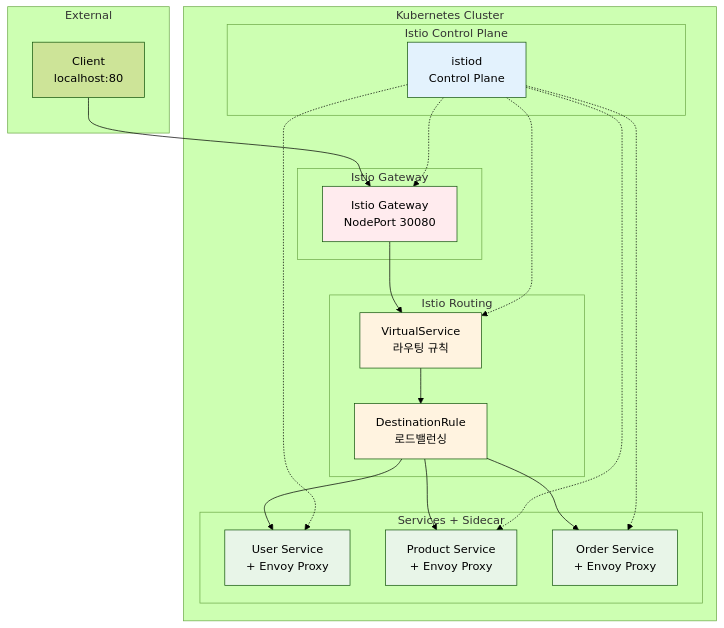
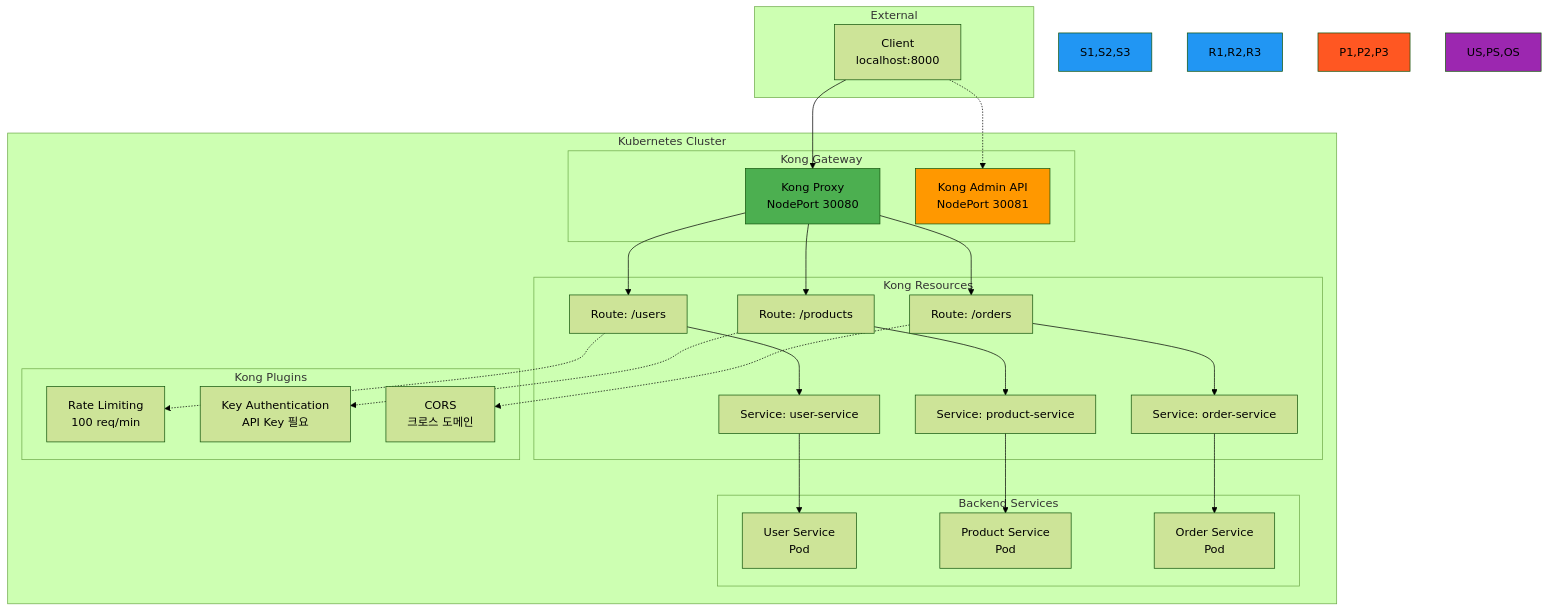
Before and after one commit to niceguy61/kdt_devops_lecture_2025: the diagram in theory/week_04/day2/lab_1.md, drawn with Mermaid (forest theme). The commit also changed other lines of this file and 12 other files, not shown here.

````diff
--- a/theory/week_04/day2/lab_1.md
+++ b/theory/week_04/day2/lab_1.md
@@ -37,48 +37,53 @@
 ```mermaid
 graph TB
     subgraph "External"
-        C[Client<br/>localhost:80]
+        C[Client<br/>localhost:8000]
     end
     
     subgraph "Kubernetes Cluster"
-        subgraph "Istio Control Plane"
-            ISTIOD[istiod<br/>Control Plane]
+        subgraph "Kong Gateway"
+            KP[Kong Proxy<br/>NodePort 30080]
+            KA[Kong Admin API<br/>NodePort 30081]
         end
         
-        subgraph "Istio Gateway"
-            IG[Istio Gateway<br/>NodePort 30080]
+        subgraph "Kong Resources"
+            S1[Service: user-service]
+            S2[Service: product-service]
+            S3[Service: order-service]
+            
+            R1[Route: /users]
+            R2[Route: /products]
+            R3[Route: /orders]
         end
         
-        subgraph "Istio Routing"
-            VS[VirtualService<br/>라우팅 규칙]
-            DR[DestinationRule<br/>로드밸런싱]
+        subgraph "Kong Plugins"
+            P1[Rate Limiting<br/>100 req/min]
+            P2[Key Authentication<br/>API Key 필요]
+            P3[CORS<br/>크로스 도메인]
         end
         
-        subgraph "Services + Sidecar"
-            US[User Service<br/>+ Envoy Proxy]
-            PS[Product Service<br/>+ Envoy Proxy]
-            OS[Order Service<br/>+ Envoy Proxy]
+        subgraph "Backend Services"
+            US[User Service<br/>Pod]
+            PS[Product Service<br/>Pod]
+            OS[Order Service<br/>Pod]
         end
     end
     
-    C --> IG
-    IG --> VS
-    VS --> DR
-    DR --> US
-    DR --> PS
-    DR --> OS
+    C --> KP
+    C -.-> KA
     
-    ISTIOD -.-> IG
-    ISTIOD -.-> VS
-    ISTIOD -.-> US
-    ISTIOD -.-> PS
-    ISTIOD -.-> OS
+    KP --> R1 --> S1 --> US
+    KP --> R2 --> S2 --> PS
+    KP --> R3 --> S3 --> OS
     
-    style ISTIOD fill:#e3f2fd
-    style IG fill:#ffebee
-    style VS fill:#fff3e0
-    style DR fill:#fff3e0
-    style US fill:#e8f5e8
-    style PS fill:#e8f5e8
-    style OS fill:#e8f5e8
+    R1 -.-> P1
+    R2 -.-> P2
+    R3 -.-> P3
+    
+    style KP fill:#4caf50
+    style KA fill:#ff9800
+    style S1,S2,S3 fill:#2196f3
+    style R1,R2,R3 fill:#2196f3
+    style P1,P2,P3 fill:#ff5722
+    style US,PS,OS fill:#9c27b0
 ```
````
